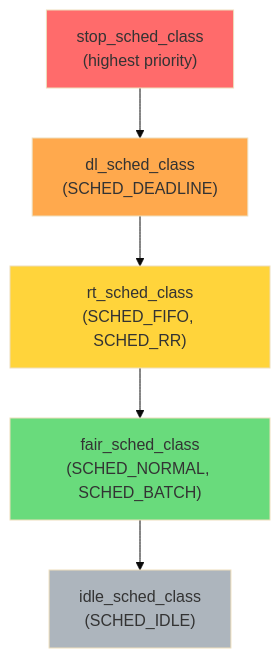
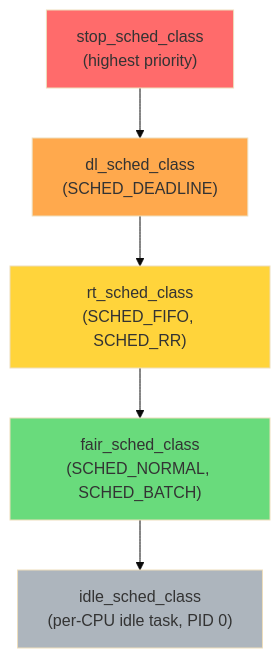
The first of 6 diagrams in src/linux/kernel/processes/scheduler.md (vanos001/placement_prep), drawn with Mermaid (base theme) before and after one commit. The commit also changed 153 other files, not shown here.

````diff
--- a/src/linux/kernel/processes/scheduler.md
+++ b/src/linux/kernel/processes/scheduler.md
@@ -34,16 +34,16 @@
 ```mermaid
 flowchart TD
     STOP["stop_sched_class<br>(highest priority)"]
     DL["dl_sched_class<br>(SCHED_DEADLINE)"]
     RT["rt_sched_class<br>(SCHED_FIFO, SCHED_RR)"]
     FAIR["fair_sched_class<br>(SCHED_NORMAL, SCHED_BATCH)"]
-    IDLE["idle_sched_class<br>(SCHED_IDLE)"]
+    IDLE["idle_sched_class<br>(per-CPU idle task, PID 0)"]
 
     STOP --> DL --> RT --> FAIR --> IDLE
 
     style STOP fill:#ff6b6b
     style DL fill:#ffa94d
     style RT fill:#ffd43b
     style FAIR fill:#69db7c
     style IDLE fill:#adb5bd
 ```
````
